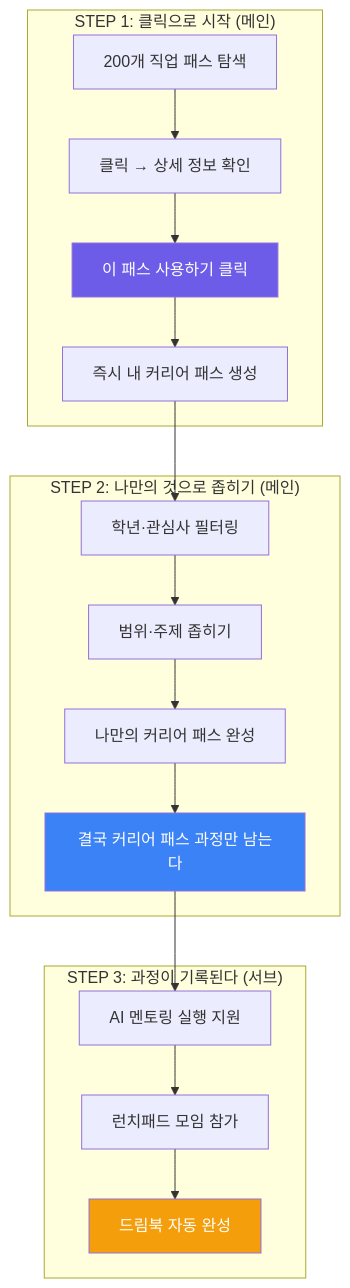
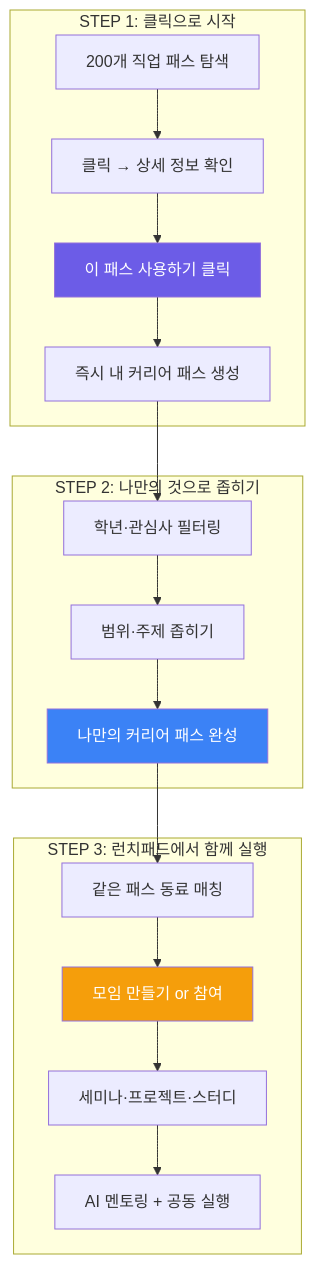
One commit to Collegenie-X/AI-career-path changed the fifth of 9 diagrams in INVESTMENT_PROPOSAL.md. Above: the diagram before and after it, drawn with Mermaid. The commit also changed other lines of this file and 10 other files, not shown here.

````diff
--- a/INVESTMENT_PROPOSAL.md
+++ b/INVESTMENT_PROPOSAL.md
@@ -349,25 +474,25 @@
 ```mermaid
 graph TD
-    subgraph "STEP 1: 클릭으로 시작 (메인)"
+    subgraph "STEP 1: 클릭으로 시작"
         S1A["200개 직업 패스 탐색"] --> S1B["클릭 → 상세 정보 확인"]
         S1B --> S1C["이 패스 사용하기 클릭"]
         S1C --> S1D["즉시 내 커리어 패스 생성"]
     end
 
-    subgraph "STEP 2: 나만의 것으로 좁히기 (메인)"
+    subgraph "STEP 2: 나만의 것으로 좁히기"
         S1D --> S2A["학년·관심사 필터링"]
         S2A --> S2B["범위·주제 좁히기"]
         S2B --> S2C["나만의 커리어 패스 완성"]
-        S2C --> S2D["결국 커리어 패스 과정만 남는다"]
     end
 
-    subgraph "STEP 3: 과정이 기록된다 (서브)"
-        S2D --> S3A["AI 멘토링 실행 지원"]
-        S3A --> S3B["런치패드 모임 참가"]
-        S3B --> S3C["드림북 자동 완성"]
+    subgraph "STEP 3: 런치패드에서 함께 실행"
+        S2C --> S3A["같은 패스 동료 매칭"]
+        S3A --> S3B["모임 만들기 or 참여"]
+        S3B --> S3C["세미나·프로젝트·스터디"]
+        S3C --> S3D["AI 멘토링 + 공동 실행"]
     end
 
     style S1C fill:#6C5CE7,color:#fff
-    style S2D fill:#3B82F6,color:#fff
-    style S3C fill:#F59E0B,color:#fff
+    style S2C fill:#3B82F6,color:#fff
+    style S3B fill:#F59E0B,color:#fff
 ```
````
